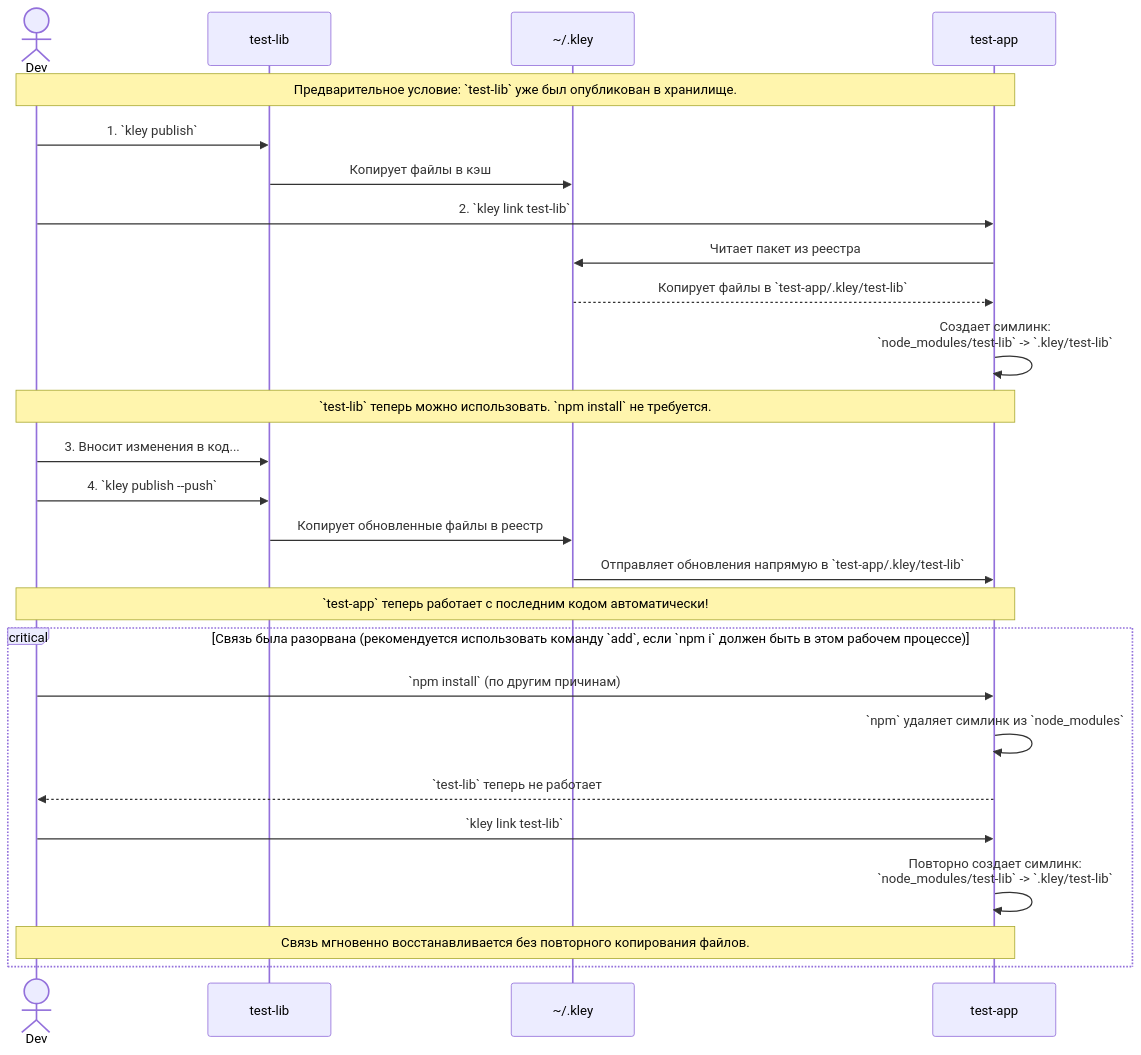
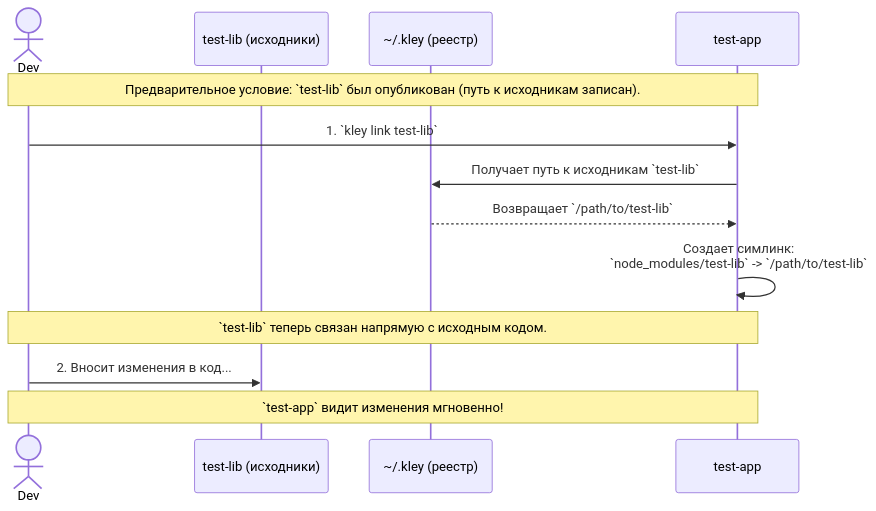
The third of 3 diagrams in README_RU.md (sumbad/kley), drawn with Mermaid before and after one commit. The commit also changed other lines of this file and 2 other files, not shown here.

Commit message:
docs: updsate readme and cl

````diff
--- a/README_RU.md
+++ b/README_RU.md
@@ -142,37 +142,19 @@
 ```mermaid
 sequenceDiagram
     actor Dev
-    participant Lib as test-lib
-    participant Store as ~/.kley
+    participant Lib as test-lib (исходники)
+    participant Store as ~/.kley (реестр)
     participant App as test-app
 
-    Note over Dev, App: Предварительное условие: `test-lib` уже был опубликован в хранилище.
+    Note over Dev, App: Предварительное условие: `test-lib` был опубликован (путь к исходникам записан).
 
-    Dev->>Lib: 1. `kley publish`
-    Lib->>Store: Копирует файлы в кэш
+    Dev->>App: 1. `kley link test-lib`
+    App->>Store: Получает путь к исходникам `test-lib`
+    Store-->>App: Возвращает `/path/to/test-lib`
+    App->>App: Создает симлинк:<br/>`node_modules/test-lib` -> `/path/to/test-lib`
 
-    Dev->>App: 2. `kley link test-lib`
-    App->>Store: Читает пакет из реестра
-    Store-->>App: Копирует файлы в `test-app/.kley/test-lib`
-    App->>App: Создает симлинк:<br/>`node_modules/test-lib` -> `.kley/test-lib`
+    Note over Dev, App: `test-lib` теперь связан напрямую с исходным кодом.
 
-    Note over Dev, App: `test-lib` теперь можно использовать. `npm install` не требуется.
-
-    Dev->>Lib: 3. Вносит изменения в код...
-    Dev->>Lib: 4. `kley publish --push`
-    Lib->>Store: Копирует обновленные файлы в реестр
-    Store->>App: Отправляет обновления напрямую в `test-app/.kley/test-lib`
-
-    Note over Dev, App: `test-app` теперь работает с последним кодом автоматически!
-
-    critical Связь была разорвана (рекомендуется использовать команду `add`, если `npm i` должен быть в этом рабочем процессе)
-        Dev->>App: `npm install` (по другим причинам)
-        App->>App: `npm` удаляет симлинк из `node_modules`
-        App-->>Dev: `test-lib` теперь не работает
-
-        Dev->>App: `kley link test-lib`
-        App->>App: Повторно создает симлинк:<br/>`node_modules/test-lib` -> `.kley/test-lib`
-
-        Note over Dev, App: Связь мгновенно восстанавливается без повторного копирования файлов.
-    end
+    Dev->>Lib: 2. Вносит изменения в код...
+    Note over Dev, App: `test-app` видит изменения мгновенно!
 ```
````
